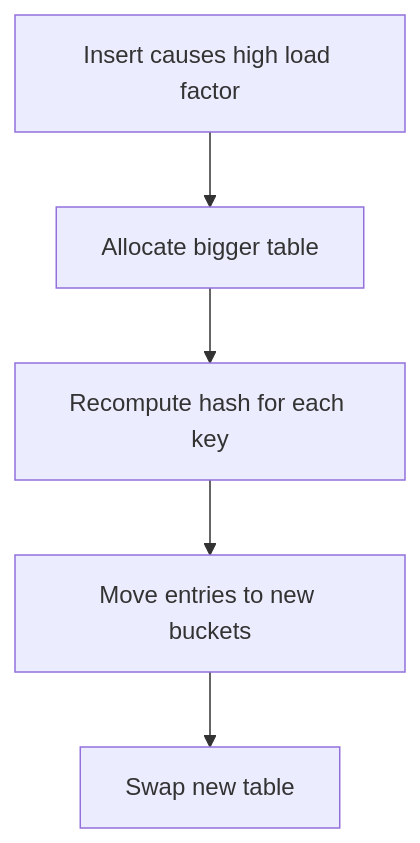
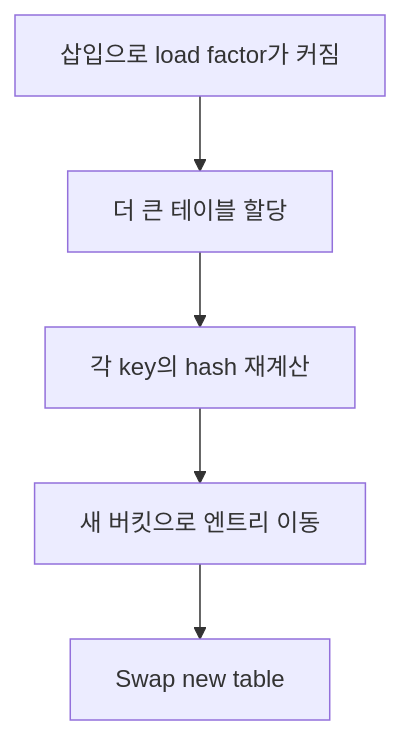
One commit to mandoobox/mandoobox.github.io changed diagram 22 of 43 in _posts/cs-note/2026-02-27-data-structure.md. Above: the diagram before and after it, drawn with Mermaid. The commit also changed other lines of this file and 18 other files, not shown here.

````diff
--- a/_posts/cs-note/2026-02-27-data-structure.md
+++ b/_posts/cs-note/2026-02-27-data-structure.md
@@ -771,7 +771,7 @@
 ```mermaid
 flowchart TD
-  A[Insert causes high load factor] --> B[Allocate bigger table]
-  B --> C[Recompute hash for each key]
-  C --> D[Move entries to new buckets]
+  A[삽입으로 load factor가 커짐] --> B[더 큰 테이블 할당]
+  B --> C[각 key의 hash 재계산]
+  C --> D[새 버킷으로 엔트리 이동]
   D --> E[Swap new table]
 ```
````
